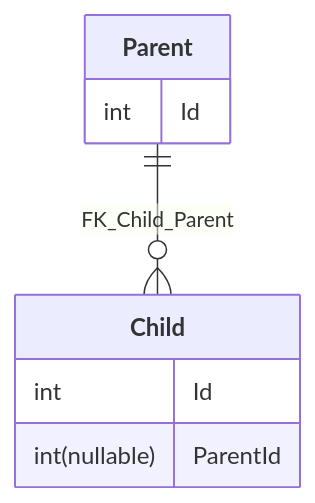
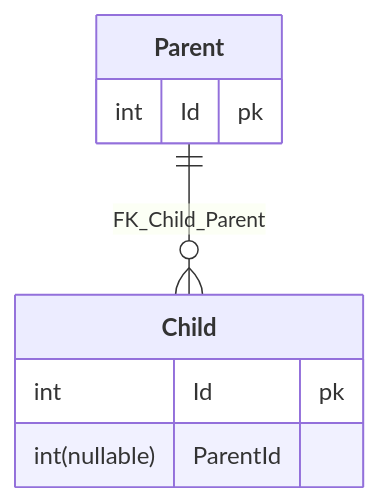
One commit to SimonCropp/DbToMermaid changed the diagram in src/SqlServerToMermaid.Tests/Tests.RenderMarkdownFromScriptWithAlterTable.verified.md. Above: the diagram before and after it, drawn with Mermaid. The commit also changed 14 other files, not shown here.

````diff
--- a/src/SqlServerToMermaid.Tests/Tests.RenderMarkdownFromScriptWithAlterTable.verified.md
+++ b/src/SqlServerToMermaid.Tests/Tests.RenderMarkdownFromScriptWithAlterTable.verified.md
@@ -1,11 +1,11 @@
 ```mermaid
 erDiagram
   Child["**Child**"] {
-    int Id
+    int Id pk
     int(nullable) ParentId
   }
   Parent["**Parent**"] {
-    int Id
+    int Id pk
   }
   Parent ||--o{ Child : "FK_Child_Parent"
 ```
````
